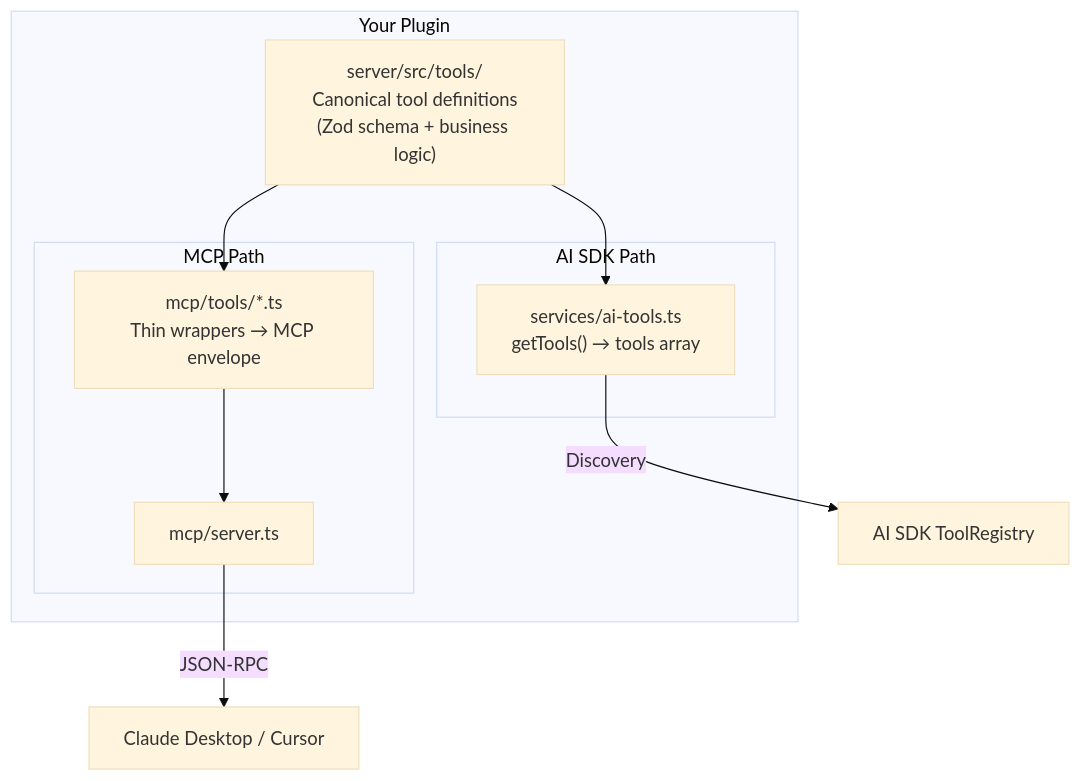
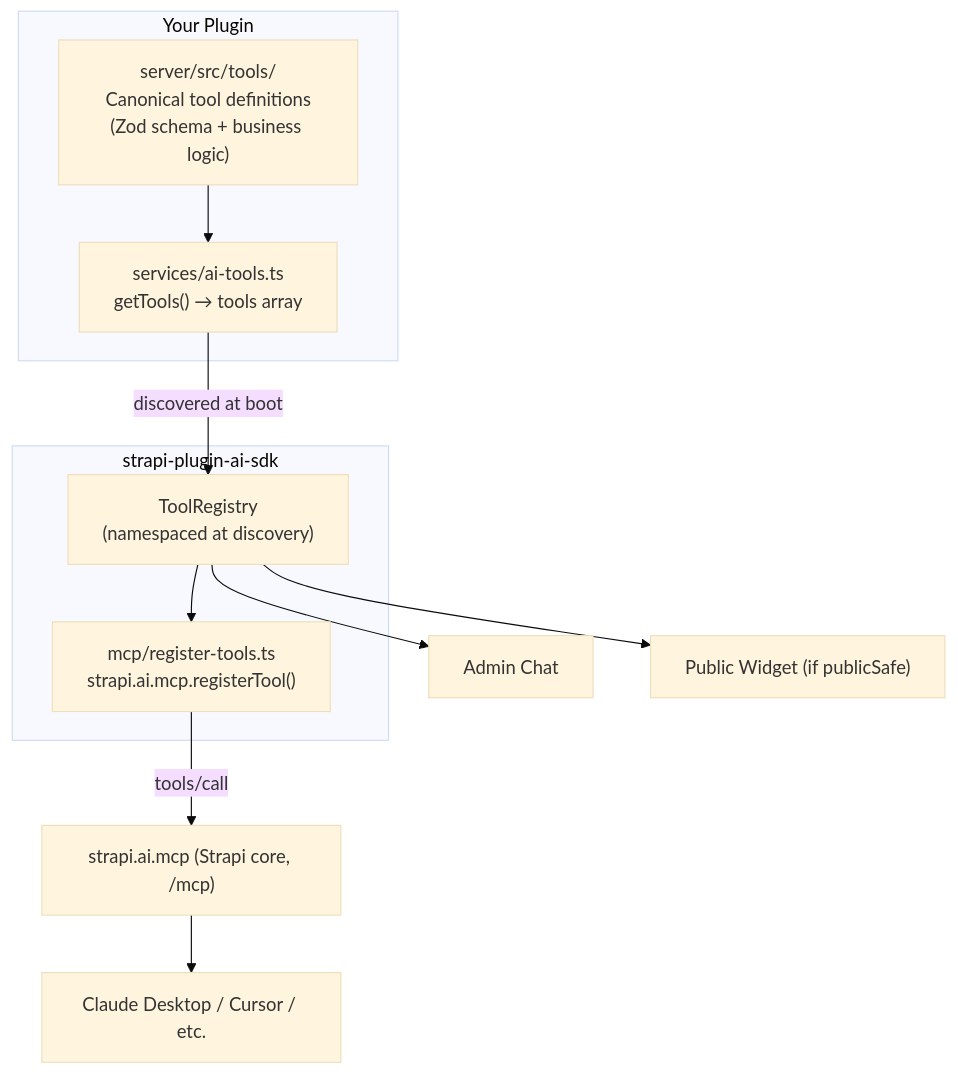
One commit to PaulBratslavsky/strapi-plugin-ai-chat changed the second of 2 diagrams in README.md. Above: the diagram before and after it, drawn with Mermaid (base theme). The commit also changed other lines of this file and 4 other files, not shown here.

First line of the commit message:
docs: document the plugin contract and the official MCP migration

````diff
--- a/README.md
+++ b/README.md
@@ -756,22 +845,20 @@
 ```mermaid
 flowchart TB
   subgraph "Your Plugin"
     T["server/src/tools/<br/>Canonical tool definitions<br/>(Zod schema + business logic)"]
-
-    subgraph "AI SDK Path"
-      S["services/ai-tools.ts<br/>getTools() → tools array"]
-    end
-
-    subgraph "MCP Path"
-      M["mcp/tools/*.ts<br/>Thin wrappers → MCP envelope"]
-      MS["mcp/server.ts"]
-    end
-
+    S["services/ai-tools.ts<br/>getTools() → tools array"]
     T --> S
-    T --> M
-    M --> MS
   end
 
-  S -->|"Discovery"| SDK["AI SDK ToolRegistry"]
-  MS -->|"JSON-RPC"| Clients["Claude Desktop / Cursor"]
+  subgraph "strapi-plugin-ai-sdk"
+    R["ToolRegistry<br/>(namespaced at discovery)"]
+    Bridge["mcp/register-tools.ts<br/>strapi.ai.mcp.registerTool()"]
+    R --> Bridge
+  end
+
+  S -->|"discovered at boot"| R
+  R --> Chat["Admin Chat"]
+  R --> Widget["Public Widget (if publicSafe)"]
+  Bridge -->|"tools/call"| MCPCore["strapi.ai.mcp (Strapi core, /mcp)"]
+  MCPCore --> Clients["Claude Desktop / Cursor / etc."]
 ```
````
